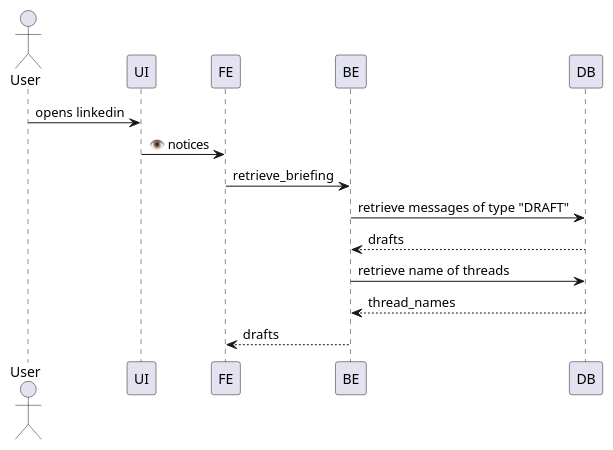
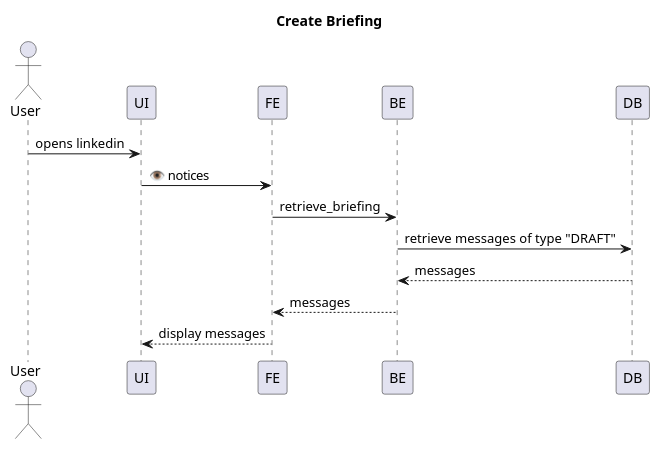
Before and after one commit to Itempass/mcphackathon-linkedin-intern: the diagram in UML_diagrams/create_briefing_sequence_diagram.puml, drawn with PlantUML. The commit also changed 6 other files, not shown here.

```diff
--- a/UML_diagrams/create_briefing_sequence_diagram.puml
+++ b/UML_diagrams/create_briefing_sequence_diagram.puml
@@ -1,16 +1,17 @@
 @startuml
+title Create Briefing
+
 actor User
 participant "UI" as UI
 participant "FE" as FE
 participant "BE" as BE
 participant "DB" as DB
 
 User -> UI: opens linkedin
 UI -> FE: 👁️ notices
 FE -> BE: retrieve_briefing
 BE -> DB: retrieve messages of type "DRAFT"
-DB --> BE: drafts
-BE -> DB: retrieve name of threads
-DB --> BE: thread_names
-BE --> FE: drafts
+DB --> BE: messages
+BE --> FE: messages
+FE --> UI: display messages
 @enduml
```
